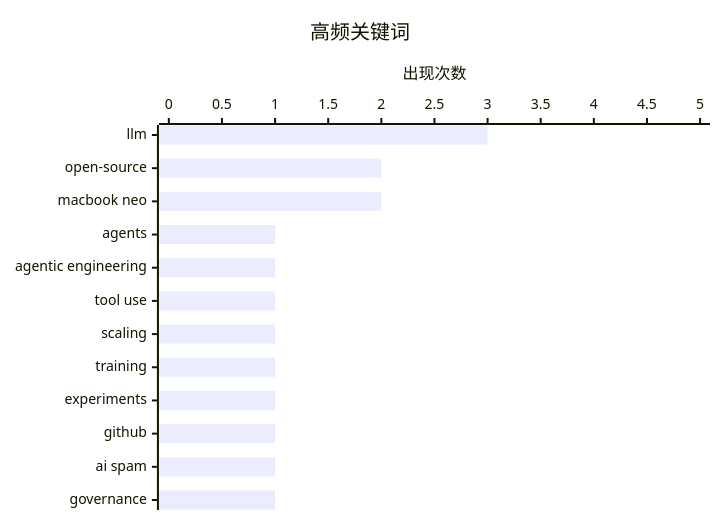
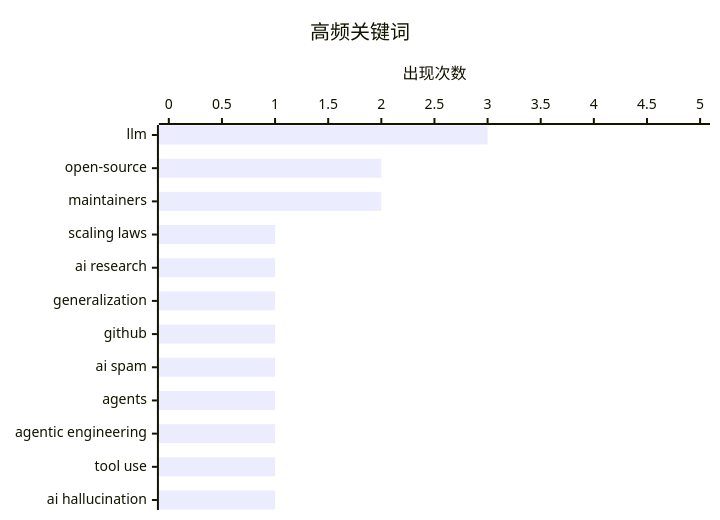
Before and after one commit to originem0/SZBlog: the second of 2 diagrams in content/ai-daily/2026-03-15.md, drawn with Mermaid. The commit also changed other lines of this file, not shown here.

````diff
--- a/content/ai-daily/2026-03-15.md
+++ b/content/ai-daily/2026-03-15.md
@@ -65,7 +74,7 @@
 ```mermaid
 xychart-beta horizontal
     title "高频关键词"
-    x-axis ["llm", "open-source", "macbook neo", "agents", "agentic engineering", "tool use", "scaling", "training", "experiments", "github", "ai spam", "governance"]
+    x-axis ["llm", "open-source", "maintainers", "scaling laws", "ai research", "generalization", "github", "ai spam", "agents", "agentic engineering", "tool use", "ai hallucination"]
     y-axis "出现次数" 0 --> 5
     bar [3, 2, 2, 1, 1, 1, 1, 1, 1, 1, 1, 1]
 ```
````
